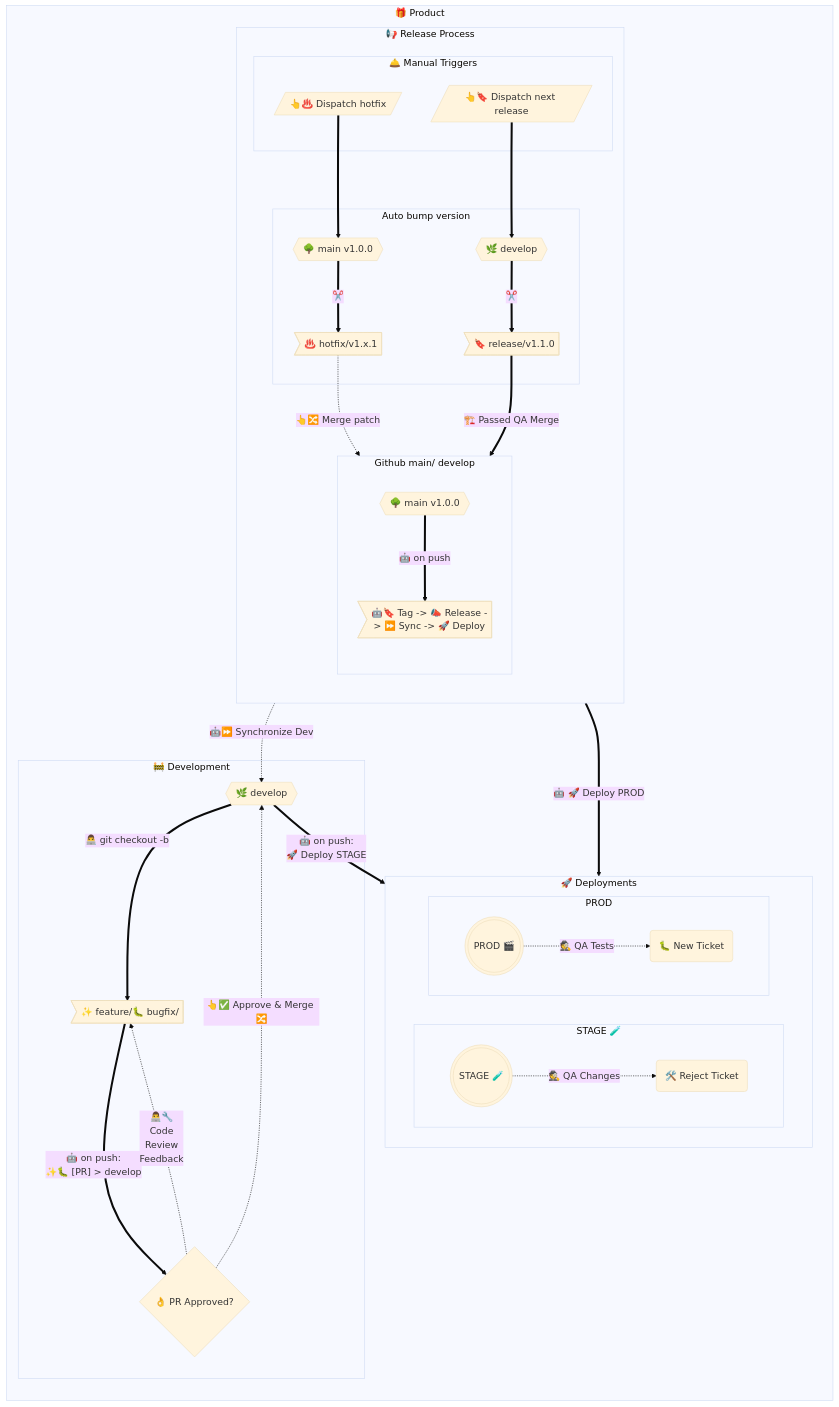
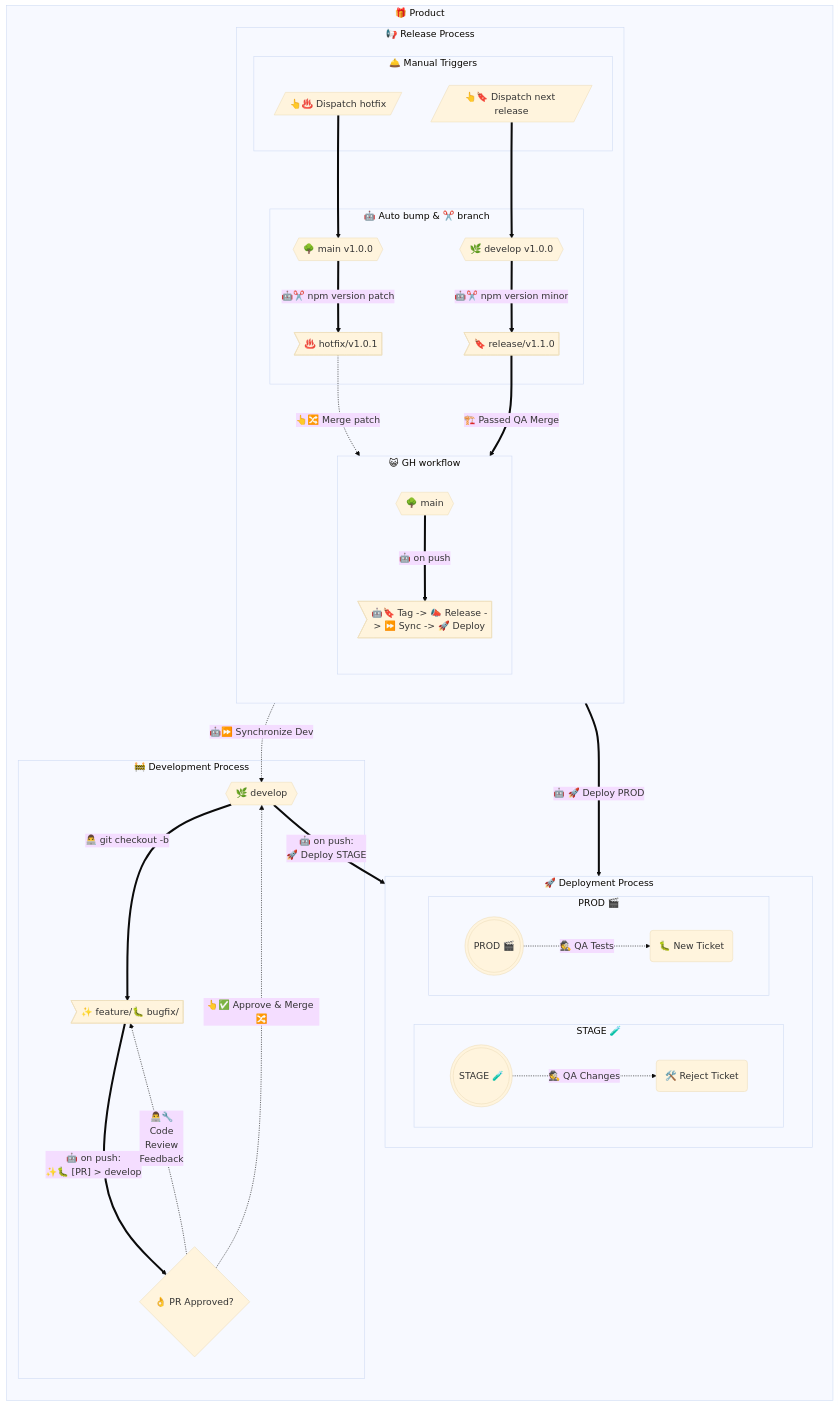
The diagram in README.md (Knerd/github-actions), drawn with Mermaid (base theme) before and after one commit. The commit also changed 3 other files, not shown here.

```diff
--- a/README.md
+++ b/README.md
@@ -23,9 +23,9 @@
     subgraph release ["📢 Release Process"]
         direction TB
 
-        subgraph repo ["Github main/ develop"]
+        subgraph repo ["😺 GH workflow"]
             direction TB
-            A{{"🌳 main v1.0.0"}}
+            A{{"🌳 main"}}
             tag>"🤖🔖 Tag -> 📣 Release -> ⏩ Sync -> 🚀 Deploy"]
         end
         subgraph "🛎️ Manual Triggers"
@@ -33,29 +33,29 @@
             nR[/"👆🔖 Dispatch next release"/]
         end
            
-        subgraph automated["Auto bump version"]
+        subgraph automated["🤖 Auto bump & ✂️ branch"]
             Ab{{"🌳 main v1.0.0"}}
-            H>"♨️ hotfix/v1.x.1"] 
-            Db{{"🌿 develop"}} 
+            H>"♨️ hotfix/v1.0.1"] 
+            Db{{"🌿 develop v1.0.0"}} 
             R>"🔖 release/v1.1.0"]    
 
             Hf 
             ==>
             Ab
-            =="✂️"==>
+            =="🤖✂️ npm version patch"==>
             H
 
             nR 
             ==>
             Db
-            =="✂️"==>
+            =="🤖✂️ npm version minor"==>
             R
         end
 
     end
     direction TB
      
-    subgraph develop ["🚧 Development"]
+    subgraph develop ["🚧 Development Process"]
         D{{"🌿 develop"}} 
         =="👨‍💻 git checkout -b"==>
         FB>"✨ feature/🐛 bugfix/"]
@@ -73,7 +73,7 @@
    
     
 	
- subgraph deploy ["🚀 Deployments"]
+ subgraph deploy ["🚀 Deployment Process"]
         direction LR
         S((("STAGE 🧪")))
 
@@ -85,7 +85,7 @@
             S
             T
         end
-        subgraph PROD
+        subgraph "PROD 🎬"
             direction LR
             P((("PROD 🎬"))) 
              BT("🐛 New Ticket")
```
